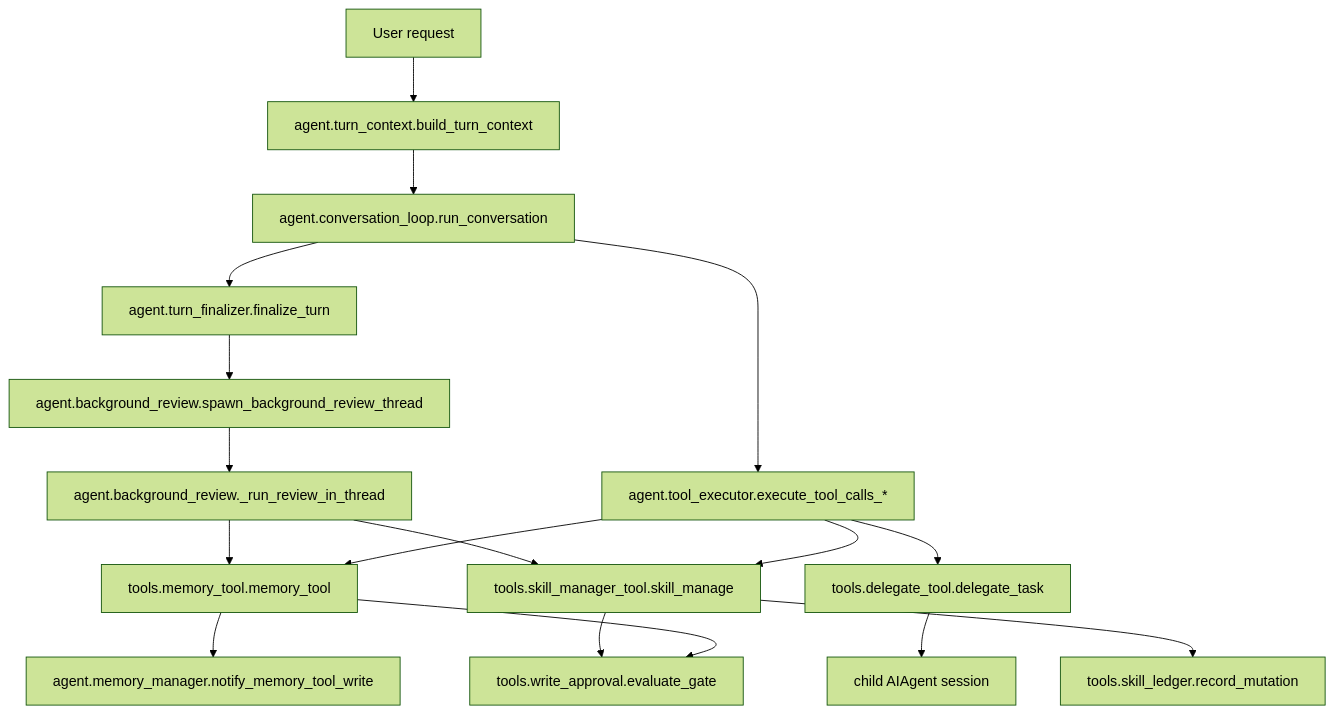
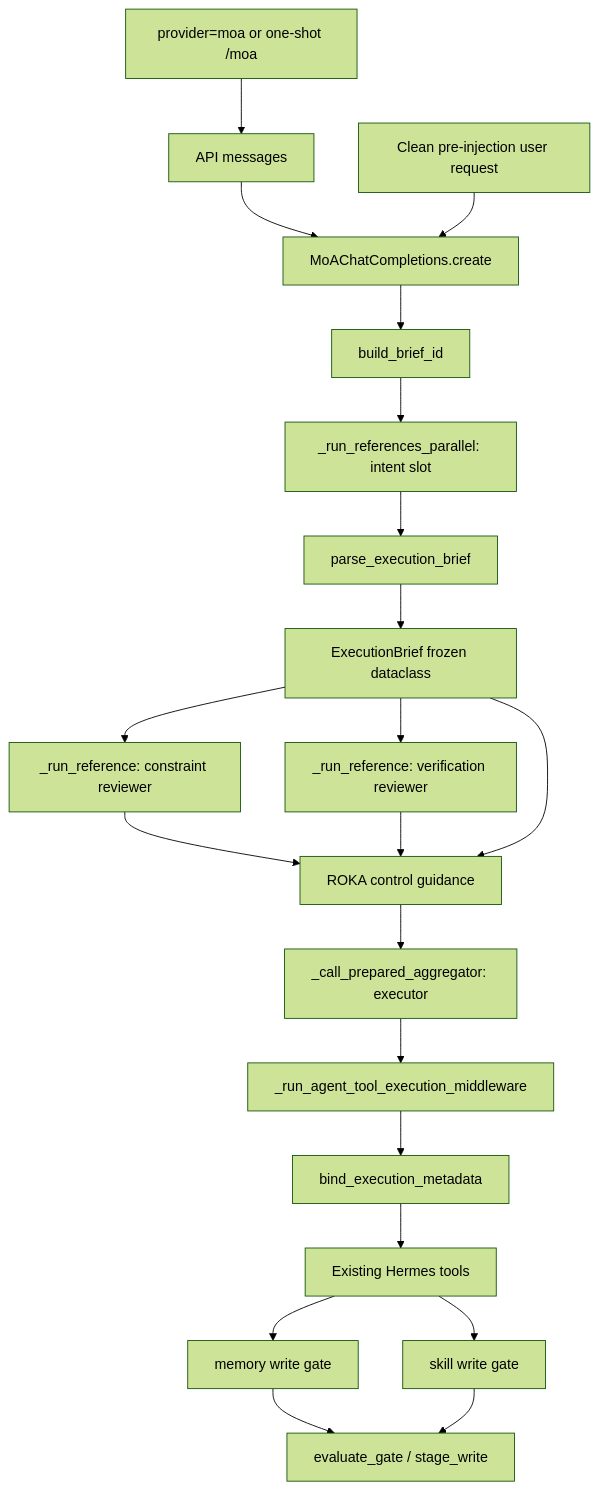
Before and after one commit to EESIZ/ROKA-Agent: the diagram in docs/roka-function-impact-map.md, drawn with Mermaid (forest theme). The commit also changed other lines of this file and 47 other files, not shown here.

Commit message:
feat(roka): ship intent-preserving control runtime

````diff
--- a/docs/roka-function-impact-map.md
+++ b/docs/roka-function-impact-map.md
@@ -22,19 +9,23 @@
 ```mermaid
 flowchart TD
-    U[User request] --> BTC[agent.turn_context.build_turn_context]
-    BTC --> LOOP[agent.conversation_loop.run_conversation]
-    LOOP --> EXEC[agent.tool_executor.execute_tool_calls_*]
-    EXEC --> MEM[tools.memory_tool.memory_tool]
-    EXEC --> SKILL[tools.skill_manager_tool.skill_manage]
-    EXEC --> DELEGATE[tools.delegate_tool.delegate_task]
-    DELEGATE --> CHILD[child AIAgent session]
-    LOOP --> FIN[agent.turn_finalizer.finalize_turn]
-    FIN --> BR[agent.background_review.spawn_background_review_thread]
-    BR --> BRRUN[agent.background_review._run_review_in_thread]
-    BRRUN --> MEM
-    BRRUN --> SKILL
-    MEM --> WAG[tools.write_approval.evaluate_gate]
-    SKILL --> WAG
-    MEM --> MGR[agent.memory_manager.notify_memory_tool_write]
-    SKILL --> LEDGER[tools.skill_ledger.record_mutation]
+    ENTRY[provider=moa or one-shot /moa] --> MSG[API messages]
+    MSG --> MC[MoAChatCompletions.create]
+    CLEAN[Clean pre-injection user request] --> MC
+    MC --> BID[build_brief_id]
+    BID --> IR[_run_references_parallel: intent slot]
+    IR --> PARSE[parse_execution_brief]
+    PARSE --> BRIEF[ExecutionBrief frozen dataclass]
+    BRIEF --> CR[_run_reference: constraint reviewer]
+    BRIEF --> VR[_run_reference: verification reviewer]
+    CR --> GUIDE[ROKA control guidance]
+    VR --> GUIDE
+    BRIEF --> GUIDE
+    GUIDE --> AGG[_call_prepared_aggregator: executor]
+    AGG --> MW[_run_agent_tool_execution_middleware]
+    MW --> BIND[bind_execution_metadata]
+    BIND --> TOOLS[Existing Hermes tools]
+    TOOLS --> MEM[memory write gate]
+    TOOLS --> SKILL[skill write gate]
+    MEM --> WA[evaluate_gate / stage_write]
+    SKILL --> WA
 ```
````
